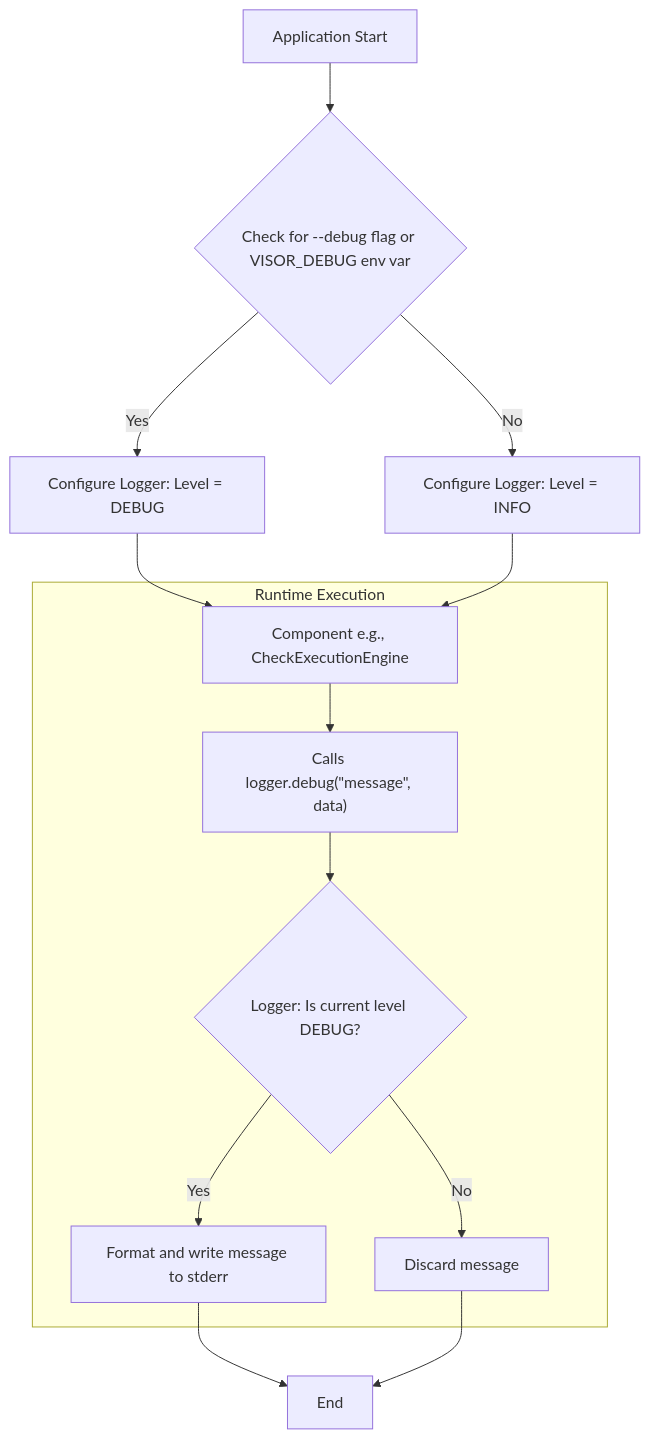
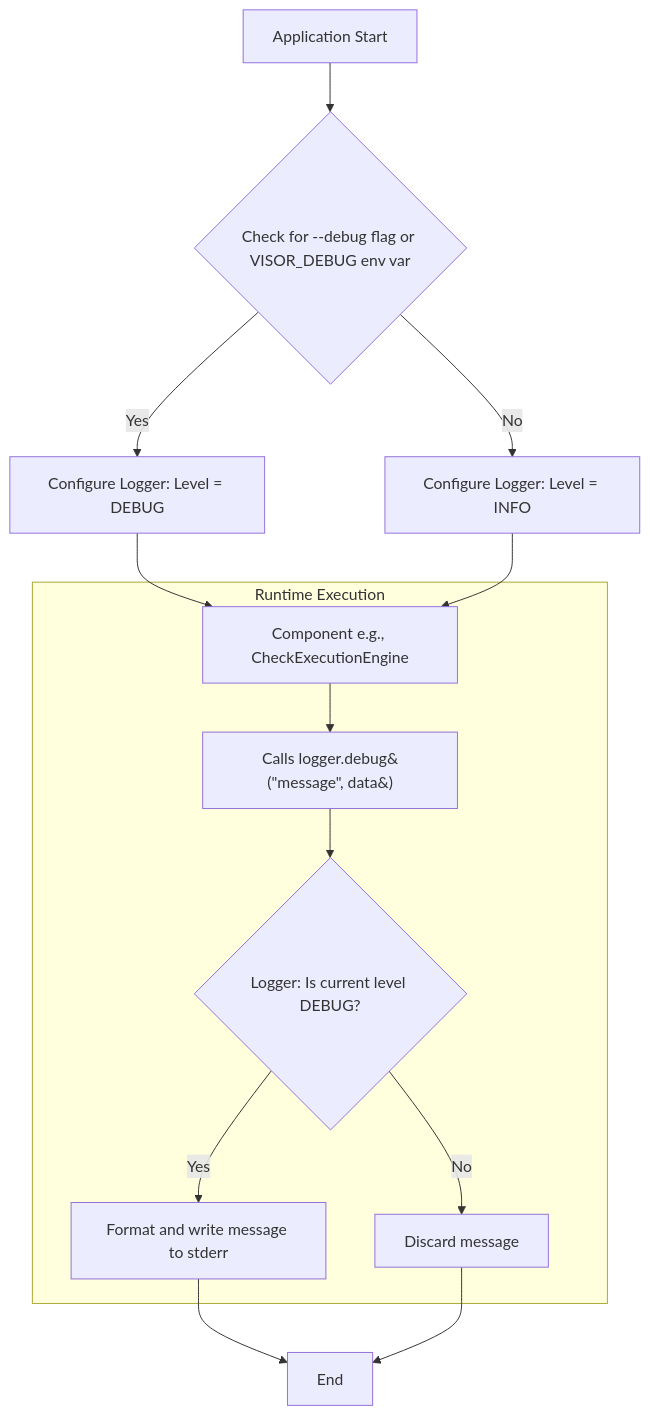
Diagram 45 of 50 in test-fixtures/flowchart/INVALID_DIAGRAMS.md (probelabs/mermaid-lint), drawn with Mermaid before and after one commit. The commit also changed other lines of this file and 1 other file, not shown here.

Commit message:
flowchart: remove post-parse quote scan to restore mermaid-cli parity; previews updated

````diff
--- a/test-fixtures/flowchart/INVALID_DIAGRAMS.md
+++ b/test-fixtures/flowchart/INVALID_DIAGRAMS.md
@@ -2945,20 +2982,20 @@
 ```mermaid
 flowchart TD
     A[Application Start] --> B{Check for --debug flag or VISOR_DEBUG env var};
     B -- Yes --> C[Configure Logger: Level = DEBUG];
     B -- No --> D[Configure Logger: Level = INFO];
     
     subgraph "Runtime Execution"
-        E[Component e.g., CheckExecutionEngine] --> F["Calls logger.debug(&quot;message&quot;, data)"];
+        E[Component e.g., CheckExecutionEngine] --> F[Calls logger.debug&#40;&quot;message&quot;, data&#41;];
         F --> G{Logger: Is current level DEBUG?};
         G -- Yes --> H[Format and write message to stderr];
         G -- No --> I[Discard message];
     end
 
     C --> E;
     D --> E;
     H --> J[End];
     I --> J[End];
 
 
 ```
````
